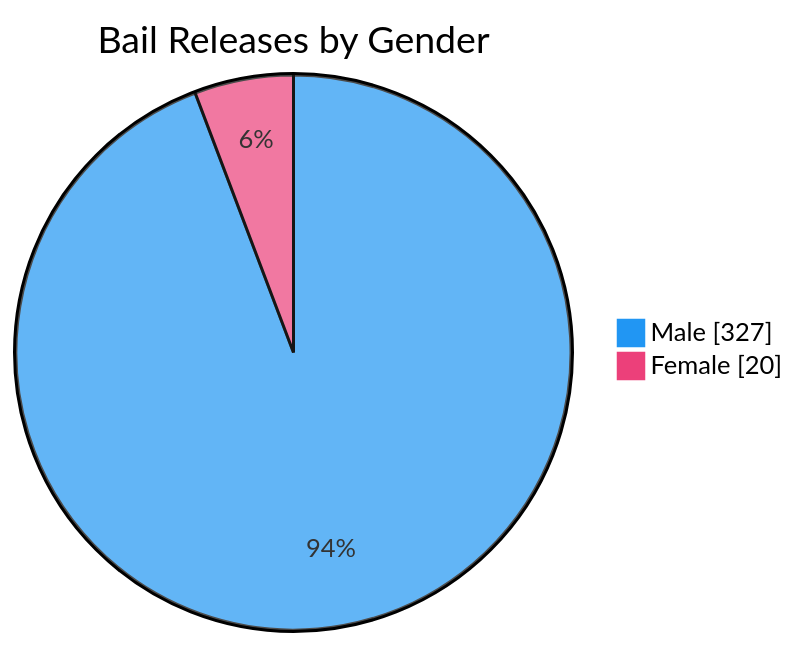
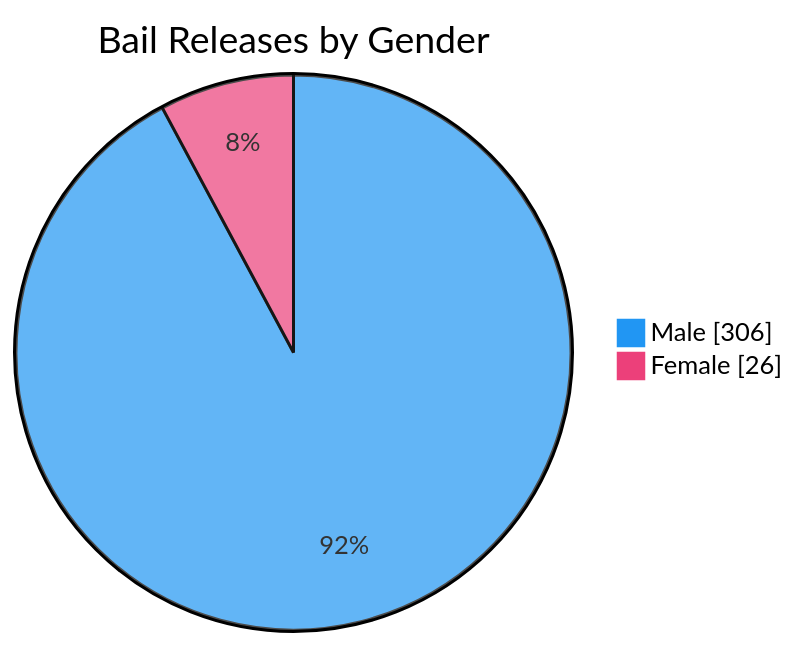
Before and after one commit to nuuuwan/lk_prisons: the seventh of 7 diagrams in README.md, drawn with Mermaid. The commit also changed other lines of this file and 1 other file, not shown here.

````diff
--- a/README.md
+++ b/README.md
@@ -109,6 +109,6 @@
 ```mermaid
 %%{init: {'themeVariables': {'pie1': '#2196F3', 'pie2': '#EC407A'}}}%%
 pie showData title Bail Releases by Gender
-    "Male" : 327
-    "Female" : 20
+    "Male" : 306
+    "Female" : 26
 ```
````
